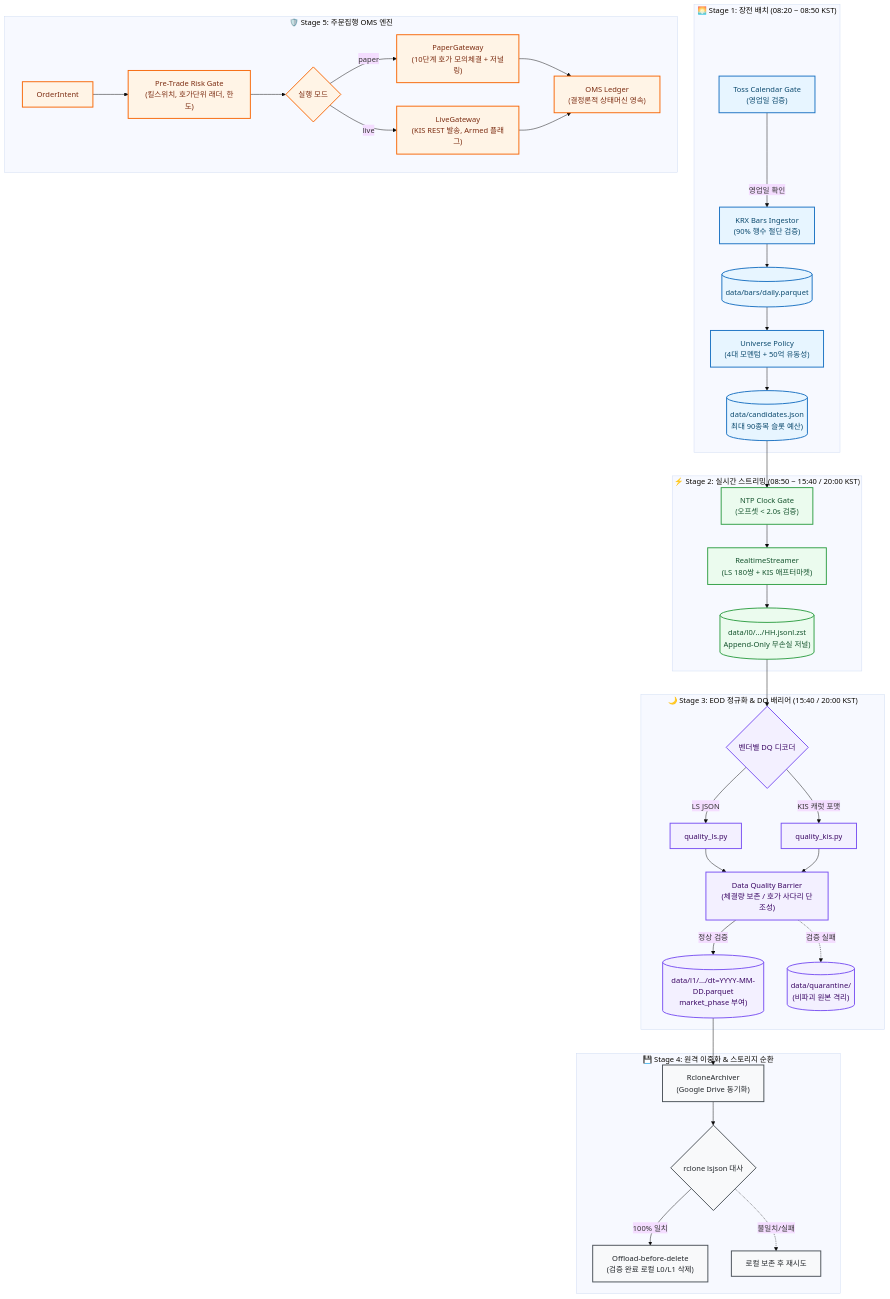
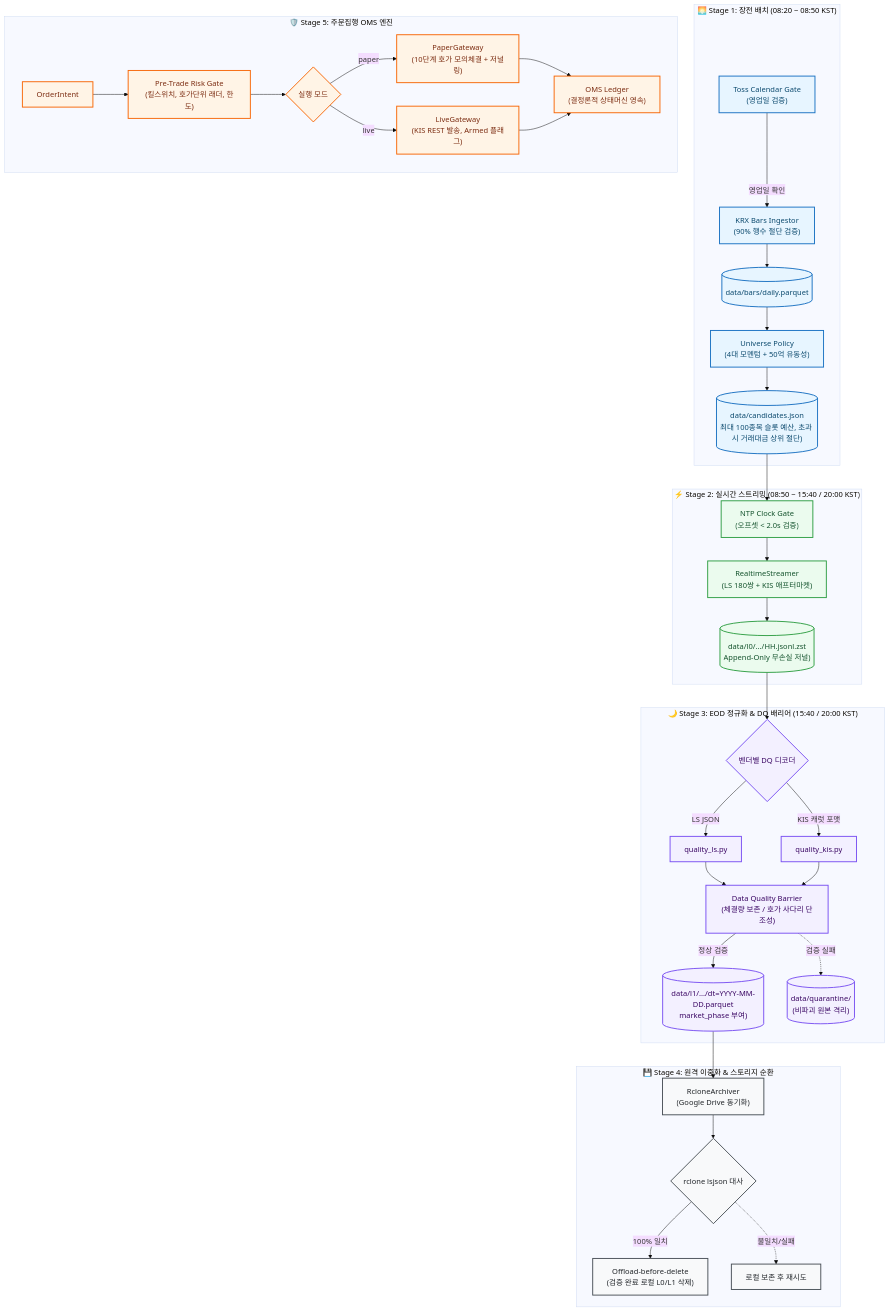
The third of 3 diagrams in docs/architecture/system-design.md (KTHYEONG/krx-alpha), drawn with Mermaid (base theme) before and after one commit. The commit also changed other lines of this file and 11 other files, not shown here.

````diff
--- a/docs/architecture/system-design.md
+++ b/docs/architecture/system-design.md
@@ -111,45 +111,45 @@
 ```mermaid
 flowchart TD
     classDef premarket fill:#e7f5ff,stroke:#1971c2,stroke-width:2px,color:#0c4a6e;
     classDef intraday fill:#ebfbee,stroke:#2f9e44,stroke-width:2px,color:#14532d;
     classDef eod fill:#f3f0ff,stroke:#7950f2,stroke-width:2px,color:#3b0764;
     classDef remote fill:#f8f9fa,stroke:#495057,stroke-width:2px,color:#212529;
     classDef exec fill:#fff4e6,stroke:#f76707,stroke-width:2px,color:#7c2d12;
 
     subgraph S1 ["🌅 Stage 1: 장전 배치 (08:20 ~ 08:50 KST)"]
         TOSS_CAL["Toss Calendar Gate<br/>(영업일 검증)"]:::premarket -->|영업일 확인| BARS_INGEST["KRX Bars Ingestor<br/>(90% 행수 절단 검증)"]:::premarket
         BARS_INGEST --> BARS_STORE[("data/bars/daily.parquet")]:::premarket
         BARS_STORE --> UNIV_PLAN["Universe Policy<br/>(4대 모멘텀 + 50억 유동성)"]:::premarket
-        UNIV_PLAN --> CAND_IPC[("data/candidates.json<br/>최대 90종목 슬롯 예산)")]:::premarket
+        UNIV_PLAN --> CAND_IPC[("data/candidates.json<br/>최대 100종목 슬롯 예산, 초과 시 거래대금 상위 절단)")]:::premarket
     end
 
     subgraph S2 ["⚡ Stage 2: 실시간 스트리밍 (08:50 ~ 15:40 / 20:00 KST)"]
         CAND_IPC --> CLOCK_GATE["NTP Clock Gate<br/>(오프셋 < 2.0s 검증)"]:::intraday
         CLOCK_GATE --> STREAM_LOOP["RealtimeStreamer<br/>(LS 180쌍 + KIS 애프터마켓)"]:::intraday
         STREAM_LOOP --> L0_STORE[("data/l0/.../HH.jsonl.zst<br/>Append-Only 무손실 저널)")]:::intraday
     end
 
     subgraph S3 ["🌙 Stage 3: EOD 정규화 & DQ 배리어 (15:40 / 20:00 KST)"]
         L0_STORE --> DQ_DECODE{"벤더별 DQ 디코더"}:::eod
         DQ_DECODE -->|LS JSON| DQ_LS["quality_ls.py"]:::eod
         DQ_DECODE -->|KIS 캐럿 포맷| DQ_KIS["quality_kis.py"]:::eod
         DQ_LS & DQ_KIS --> DQ_BARRIER["Data Quality Barrier<br/>(체결량 보존 / 호가 사다리 단조성)"]:::eod
         DQ_BARRIER -->|정상 검증| L1_STORE[("data/l1/.../dt=YYYY-MM-DD.parquet<br/>market_phase 부여)")]:::eod
         DQ_BARRIER -.->|검증 실패| QUARANTINE[("data/quarantine/<br/>(비파괴 원본 격리)")]:::eod
     end
 
     subgraph S4 ["💾 Stage 4: 원격 이중화 & 스토리지 순환"]
         L1_STORE --> RCLONE_SYNC["RcloneArchiver<br/>(Google Drive 동기화)"]:::remote
         RCLONE_SYNC --> BYTE_CHECK{"rclone lsjson 대사"}:::remote
         BYTE_CHECK -->|100% 일치| PRUNE_ENGINE["Offload-before-delete<br/>(검증 완료 로컬 L0/L1 삭제)"]:::remote
         BYTE_CHECK -.->|불일치/실패| RETAIN_LOCAL["로컬 보존 후 재시도"]:::remote
     end
 
     subgraph S5 ["🛡️ Stage 5: 주문집행 OMS 엔진"]
         INTENT["OrderIntent"]:::exec --> RISK_GATE["Pre-Trade Risk Gate<br/>(킬스위치, 호가단위 래더, 한도)"]:::exec
         RISK_GATE --> GATE_SPLIT{"실행 모드"}:::exec
         GATE_SPLIT -->|paper| PAPER_GATE["PaperGateway<br/>(10단계 호가 모의체결 + 저널링)"]:::exec
         GATE_SPLIT -->|live| LIVE_GATE["LiveGateway<br/>(KIS REST 발송, Armed 플래그)"]:::exec
         PAPER_GATE & LIVE_GATE --> OMS_LEDGER["OMS Ledger<br/>(결정론적 상태머신 영속)"]:::exec
     end
 ```
````
